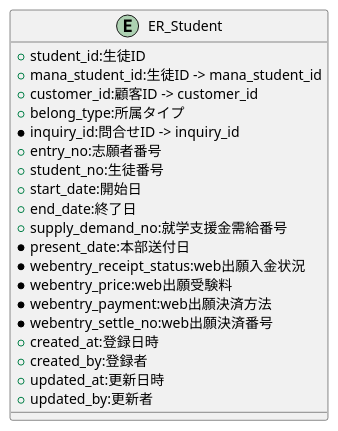
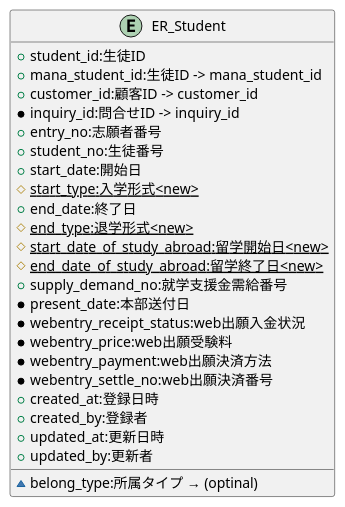
Before and after one commit to popoposorara/ERP_ER: the diagram in Entity/ER_Student.pu, drawn with PlantUML. The commit also changed 6 other files, not shown here.

```diff
--- a/Entity/ER_Student.pu
+++ b/Entity/ER_Student.pu
@@ -1,25 +1,29 @@
 @startuml
 
 entity "ER_Student"{
     + student_id:生徒ID
     + mana_student_id:生徒ID -> mana_student_id
     + customer_id:顧客ID -> customer_id
-    + belong_type:所属タイプ
+    ~ belong_type:所属タイプ → (optinal)
     * inquiry_id:問合せID -> inquiry_id
     + entry_no:志願者番号
     + student_no:生徒番号
     + start_date:開始日
+    # <u>start_type:入学形式<new>
     + end_date:終了日
+    # <u>end_type:退学形式<new>
+    # <u>start_date_of_study_abroad:留学開始日<new>
+    # <u>end_date_of_study_abroad:留学終了日<new>
     + supply_demand_no:就学支援金需給番号
     * present_date:本部送付日
     * webentry_receipt_status:web出願入金状況
     * webentry_price:web出願受験料
     * webentry_payment:web出願決済方法
     * webentry_settle_no:web出願決済番号
     + created_at:登録日時
     + created_by:登録者
     + updated_at:更新日時
     + updated_by:更新者
 }
 
 @enduml
```
